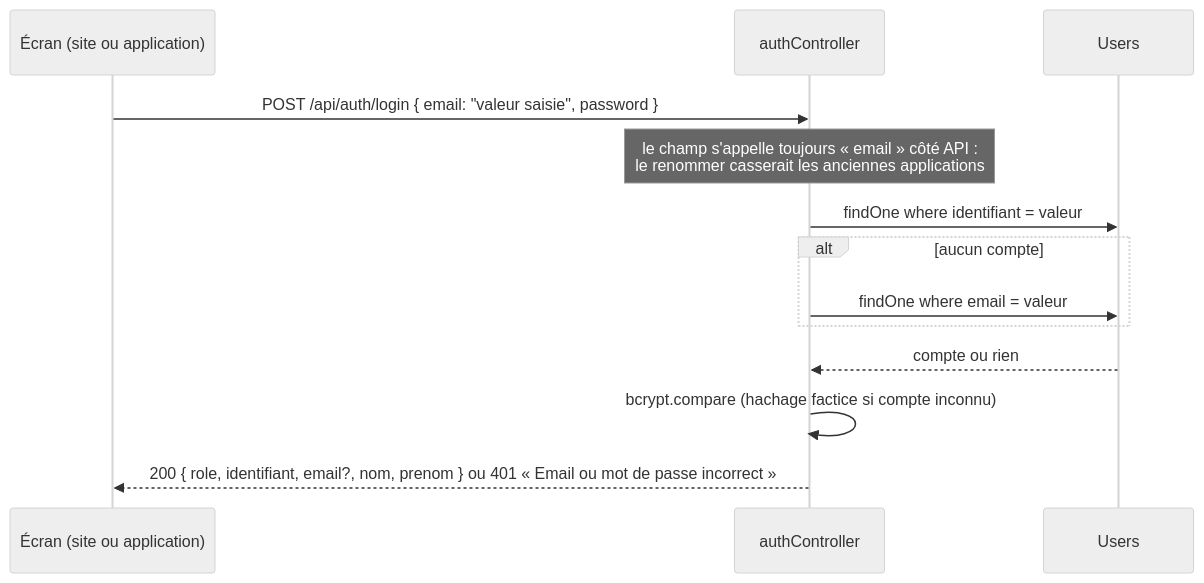
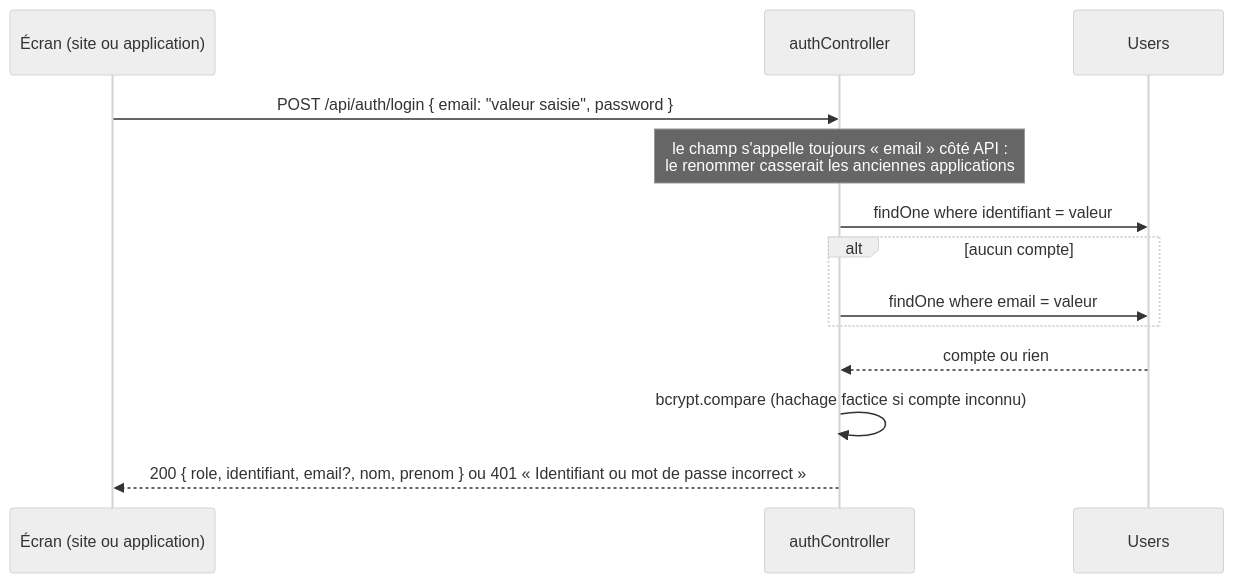
One commit to Claude20022002/Planner changed the diagram in docs/conception/vie-scolaire/vsc-03-identifiant-connexion.md. Above: the diagram before and after it, drawn with Mermaid (neutral theme). The commit also changed other lines of this file, not shown here.

````diff
--- a/docs/conception/vie-scolaire/vsc-03-identifiant-connexion.md
+++ b/docs/conception/vie-scolaire/vsc-03-identifiant-connexion.md
@@ -78,15 +78,15 @@
 ```mermaid
 sequenceDiagram
     participant E as Écran (site ou application)
     participant A as authController
     participant U as Users
     E->>A: POST /api/auth/login { email: "valeur saisie", password }
     Note over A: le champ s'appelle toujours « email » côté API :<br/>le renommer casserait les anciennes applications
     A->>U: findOne where identifiant = valeur
     alt aucun compte
         A->>U: findOne where email = valeur
     end
     U-->>A: compte ou rien
     A->>A: bcrypt.compare (hachage factice si compte inconnu)
-    A-->>E: 200 { role, identifiant, email?, nom, prenom } ou 401 « Email ou mot de passe incorrect »
+    A-->>E: 200 { role, identifiant, email?, nom, prenom } ou 401 « Identifiant ou mot de passe incorrect »
 ```
````
